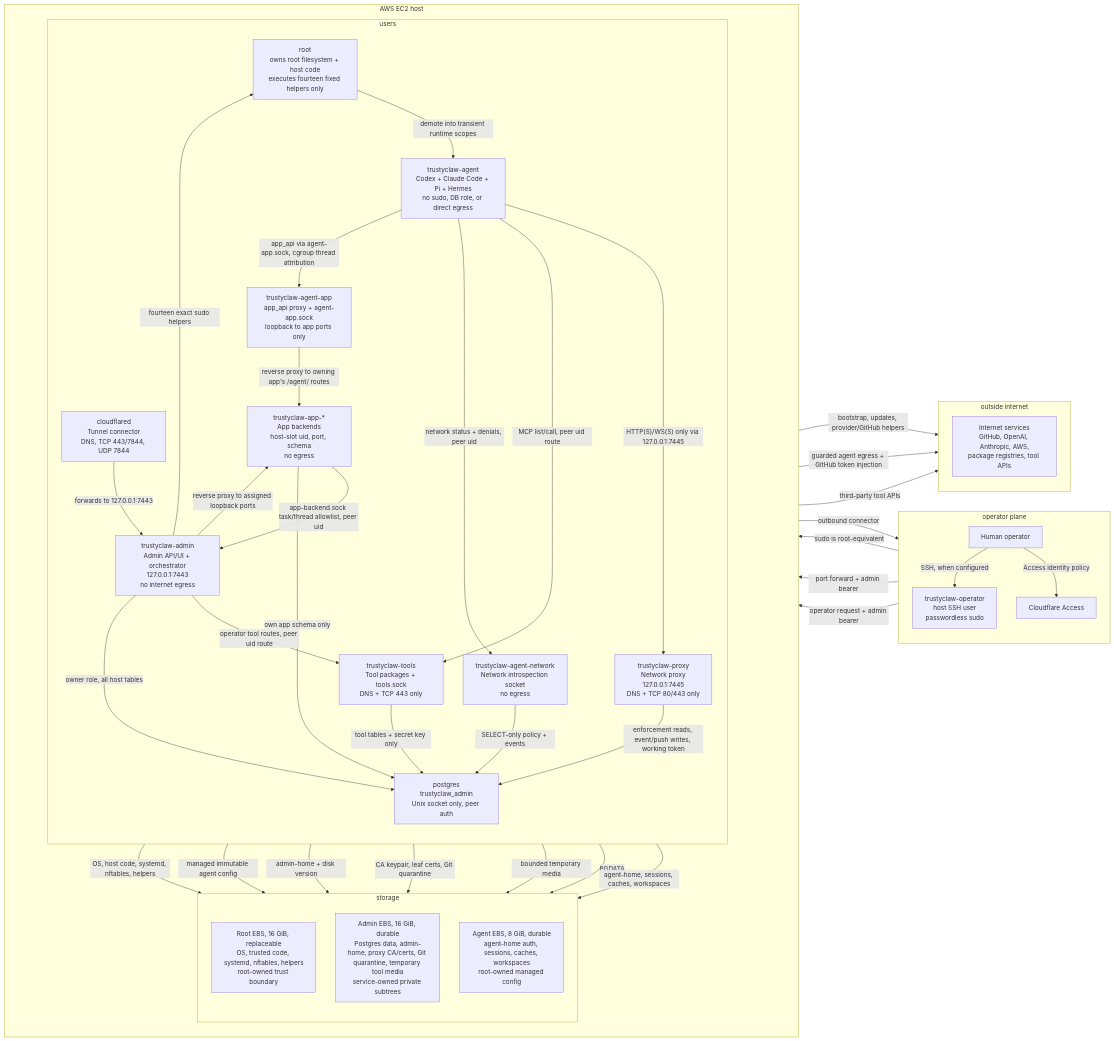
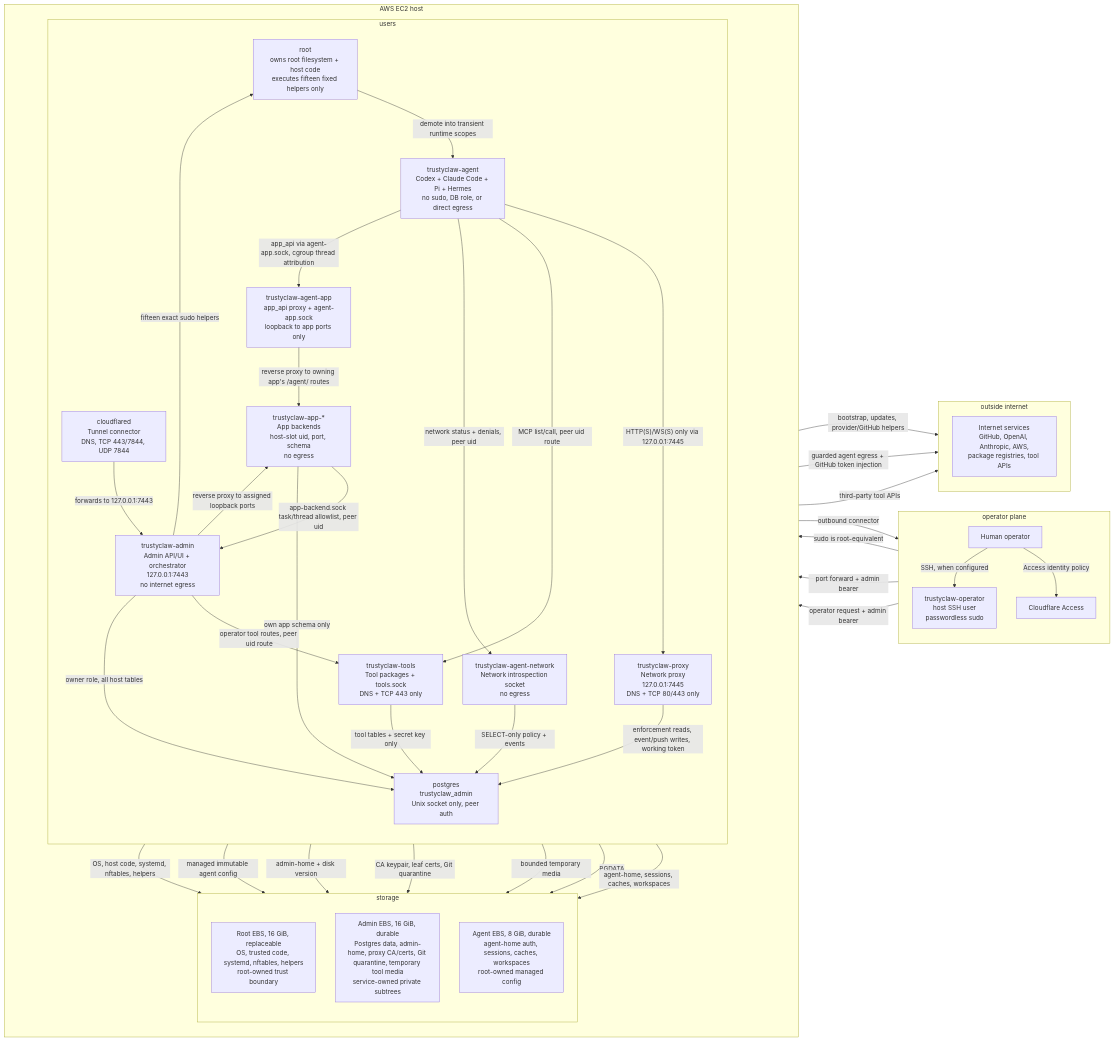
Before and after one commit to infiloop2/trustyclaw: the diagram in docs/architecture/diagram.md, drawn with Mermaid. The commit also changed 18 other files, not shown here.

````diff
--- a/docs/architecture/diagram.md
+++ b/docs/architecture/diagram.md
@@ -10,79 +10,79 @@
 ```mermaid
 flowchart LR
     subgraph operatorplane["operator plane"]
         direction TB
         operator["Human operator"]
         ssh["trustyclaw-operator<br/>host SSH user<br/>passwordless sudo"]
         cfedge["Cloudflare Access"]
     end
 
     subgraph outside["outside internet"]
         direction TB
         outside_services["Internet services<br/>GitHub, OpenAI, Anthropic, AWS,<br/>package registries, tool APIs"]
     end
 
     subgraph ec2["AWS EC2 host"]
         direction TB
 
         subgraph services["users"]
             direction TB
-            root["root<br/>owns root filesystem + host code<br/>executes fourteen fixed helpers only"]
+            root["root<br/>owns root filesystem + host code<br/>executes fifteen fixed helpers only"]
             admin["trustyclaw-admin<br/>Admin API/UI + orchestrator<br/>127.0.0.1:7443<br/>no internet egress"]
             proxy["trustyclaw-proxy<br/>Network proxy<br/>127.0.0.1:7445<br/>DNS + TCP 80/443 only"]
             tools["trustyclaw-tools<br/>Tool packages + tools.sock<br/>DNS + TCP 443 only"]
             agentnetwork["trustyclaw-agent-network<br/>Network introspection socket<br/>no egress"]
             agentapp["trustyclaw-agent-app<br/>app_api proxy + agent-app.sock<br/>loopback to app ports only"]
             apps["trustyclaw-app-*<br/>App backends<br/>host-slot uid, port, schema<br/>no egress"]
             agent["trustyclaw-agent<br/>Codex + Claude Code + Pi + Hermes<br/>no sudo, DB role, or direct egress"]
             db["postgres<br/>trustyclaw_admin<br/>Unix socket only, peer auth"]
             tunnel["cloudflared<br/>Tunnel connector<br/>DNS, TCP 443/7844, UDP 7844"]
         end
 
         subgraph storage["storage"]
             direction TB
             rootvol["Root EBS, 16 GiB, replaceable<br/>OS, trusted code, systemd, nftables, helpers<br/>root-owned trust boundary"]
             adminvol["Admin EBS, 16 GiB, durable<br/>Postgres data, admin-home, proxy CA/certs, Git quarantine, temporary tool media<br/>service-owned private subtrees"]
             agentvol["Agent EBS, 8 GiB, durable<br/>agent-home auth, sessions, caches, workspaces<br/>root-owned managed config"]
         end
     end
 
     operator -->|"SSH, when configured"| ssh
     ssh -->|"sudo is root-equivalent"| root
     ssh -->|"port forward + admin bearer"| admin
     operator -->|"Access identity policy"| cfedge
     tunnel -->|"outbound connector"| cfedge
     cfedge -->|"operator request + admin bearer"| tunnel
     tunnel -->|"forwards to 127.0.0.1:7443"| admin
 
-    admin -->|"fourteen exact sudo helpers"| root
+    admin -->|"fifteen exact sudo helpers"| root
     root -->|"demote into transient runtime scopes"| agent
     root -->|"bootstrap, updates, provider/GitHub helpers"| outside_services
     root -->|"OS, host code, systemd, nftables, helpers"| rootvol
     root -->|"managed immutable agent config"| agentvol
 
     agent -->|"HTTP(S)/WS(S) only via 127.0.0.1:7445"| proxy
     proxy -->|"guarded agent egress + GitHub token injection"| outside_services
 
     agent -->|"MCP list/call, peer uid route"| tools
     agent -->|"network status + denials, peer uid"| agentnetwork
     admin -->|"operator tool routes, peer uid route"| tools
     tools -->|"third-party tool APIs"| outside_services
 
     admin -->|"reverse proxy to assigned loopback ports"| apps
     apps -->|"app-backend.sock task/thread allowlist, peer uid"| admin
 
     agent -->|"app_api via agent-app.sock, cgroup thread attribution"| agentapp
     agentapp -->|"reverse proxy to owning app's /agent/ routes"| apps
 
     admin -->|"owner role, all host tables"| db
     admin -->|"admin-home + disk version"| adminvol
     proxy -->|"enforcement reads, event/push writes, working token"| db
     proxy -->|"CA keypair, leaf certs, Git quarantine"| adminvol
     tools -->|"tool tables + secret key only"| db
     agentnetwork -->|"SELECT-only policy + events"| db
     tools -->|"bounded temporary media"| adminvol
     apps -->|"own app schema only"| db
     db -->|"PGDATA"| adminvol
     agent -->|"agent-home, sessions, caches, workspaces"| agentvol
 
 ```
````
